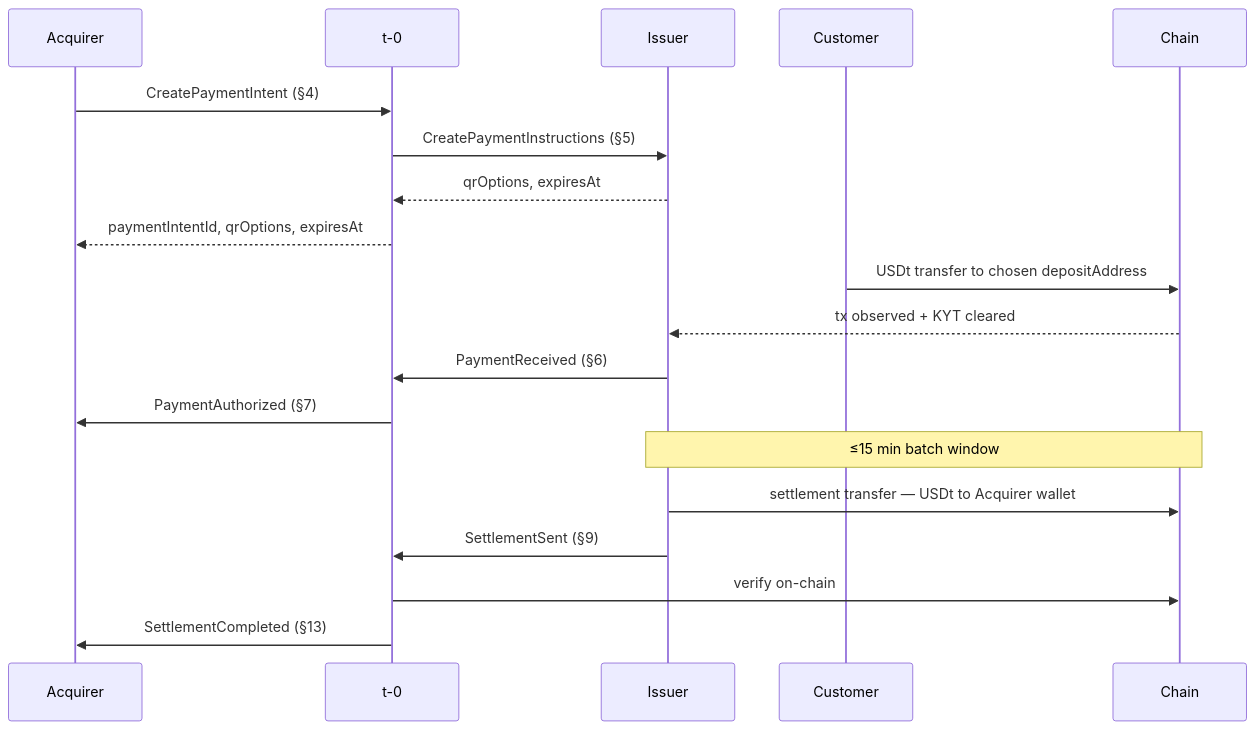
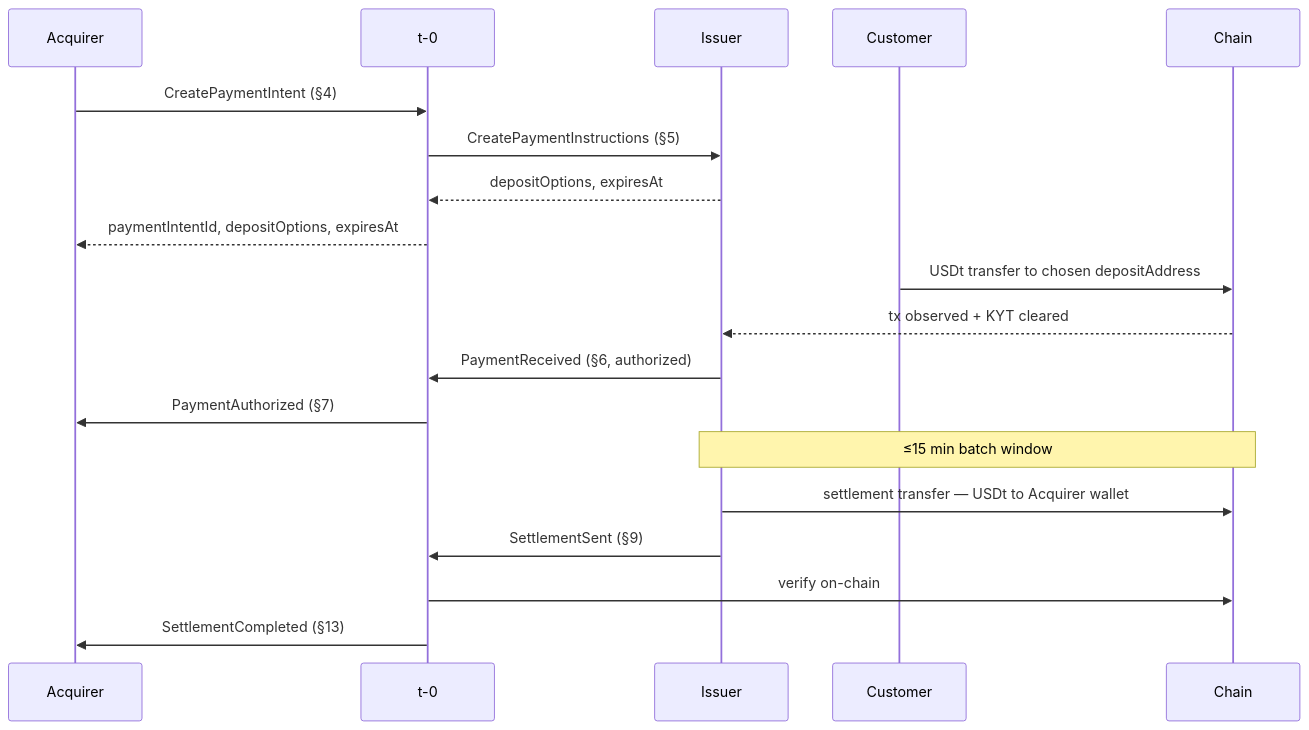
One commit to t-0-network/usdt-pay-docs changed the first of 4 diagrams in content/docs/payments/how-it-works.md. Above: the diagram before and after it, drawn with Mermaid. The commit also changed other lines of this file and 4 other files, not shown here.

First line of the commit message:
docs: realign prose and diagrams with the new pay contract (#19)

````diff
--- a/content/docs/payments/how-it-works.md
+++ b/content/docs/payments/how-it-works.md
@@ -29,25 +29,25 @@
 ```mermaid
 sequenceDiagram
     participant ACQ as Acquirer
     participant T0 as t-0
     participant ISS as Issuer
     participant CUS as Customer
     participant BC as Chain
 
     ACQ->>T0: CreatePaymentIntent (§4)
     T0->>ISS: CreatePaymentInstructions (§5)
-    ISS-->>T0: qrOptions, expiresAt
-    T0-->>ACQ: paymentIntentId, qrOptions, expiresAt
+    ISS-->>T0: depositOptions, expiresAt
+    T0-->>ACQ: paymentIntentId, depositOptions, expiresAt
 
     CUS->>BC: USDt transfer to chosen depositAddress
     BC-->>ISS: tx observed + KYT cleared
 
-    ISS->>T0: PaymentReceived (§6)
+    ISS->>T0: PaymentReceived (§6, authorized)
     T0->>ACQ: PaymentAuthorized (§7)
 
     Note over ISS,BC: ≤15 min batch window
     ISS->>BC: settlement transfer — USDt to Acquirer wallet
     ISS->>T0: SettlementSent (§9)
     T0->>BC: verify on-chain
     T0->>ACQ: SettlementCompleted (§13)
 ```
````
